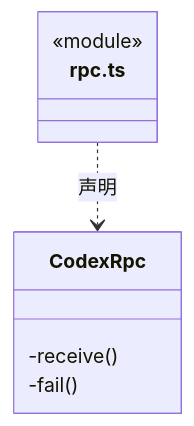
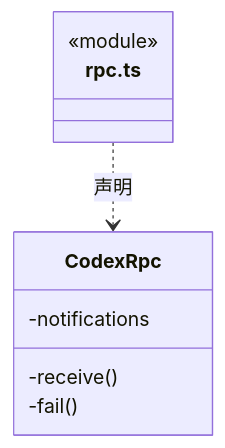
The eighth of 13 diagrams in src/logic/execution/engines/codex/ARCHITECTURE.md (nan023062/cbim), drawn with Mermaid before and after one commit. The commit also changed other lines of this file and 139 other files, not shown here.

Commit message:
docs(architecture): add source reading paths and complete file inventories

````diff
--- a/src/logic/execution/engines/codex/ARCHITECTURE.md
+++ b/src/logic/execution/engines/codex/ARCHITECTURE.md
@@ -172,11 +177,12 @@
 ```mermaid
 classDiagram
 class N_src_logic_execution_engines_codex_rpc_ts["rpc.ts"] {
   <<module>>
 }
 class N_src_logic_execution_engines_codex_rpc_ts_CodexRpc["CodexRpc"] {
+  -notifications
   -receive()
   -fail()
 }
 N_src_logic_execution_engines_codex_rpc_ts ..> N_src_logic_execution_engines_codex_rpc_ts_CodexRpc : 声明
 ```
````
